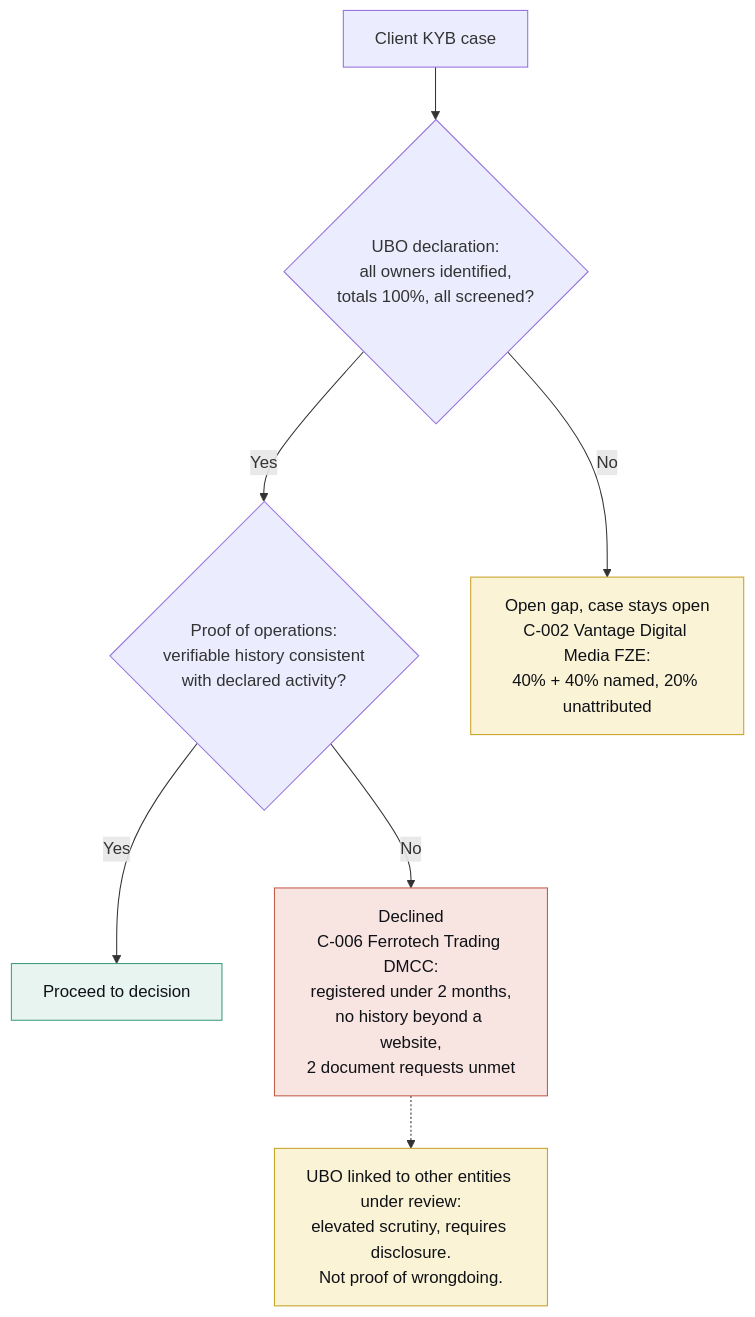
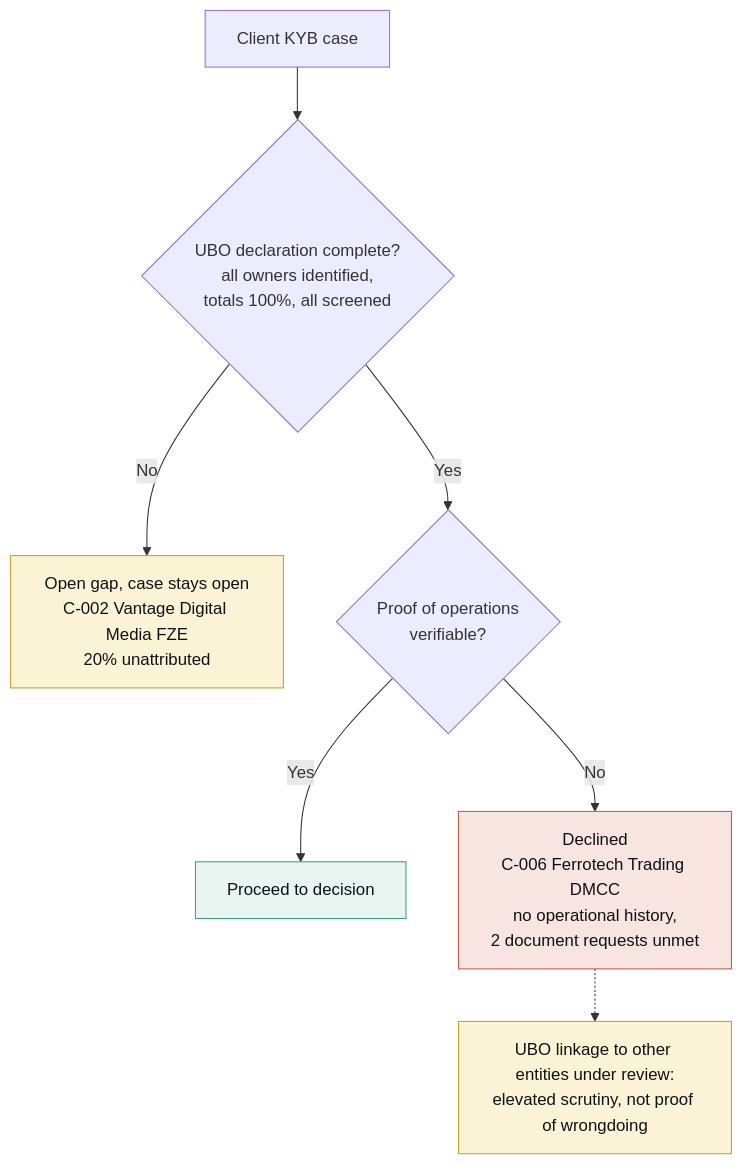
The fifth of 7 diagrams in README.md (TJON-Star/Aldenbrook-Pay-KYB-KYC-Sanctions-Casework-Register), drawn with Mermaid before and after one commit. The commit also changed other lines of this file, not shown here.

````diff
--- a/README.md
+++ b/README.md
@@ -103,18 +100,16 @@
 ```mermaid
 flowchart TD
-    K["Client KYB case"] --> U{"UBO declaration:<br/>all owners identified,<br/>totals 100%, all screened?"}
-    U -- "Yes" --> O{"Proof of operations:<br/>verifiable history consistent<br/>with declared activity?"}
-    U -- "No" --> GAP["Open gap, case stays open<br/>C-002 Vantage Digital Media FZE:<br/>40% + 40% named, 20% unattributed"]
+    K["Client KYB case"] --> U{"UBO declaration complete?<br/>all owners identified,<br/>totals 100%, all screened"}
+    U -- "No" --> GAP["Open gap, case stays open<br/>C-002 Vantage Digital Media FZE<br/>20% unattributed"]
+    U -- "Yes" --> O{"Proof of operations<br/>verifiable?"}
     O -- "Yes" --> OK["Proceed to decision"]
-    O -- "No" --> DEC["Declined<br/>C-006 Ferrotech Trading DMCC:<br/>registered under 2 months,<br/>no history beyond a website,<br/>2 document requests unmet"]
-
-    LINK["UBO linked to other entities under review:<br/>elevated scrutiny, requires disclosure.<br/>Not proof of wrongdoing."]
-    DEC -.-> LINK
+    O -- "No" --> DEC["Declined<br/>C-006 Ferrotech Trading DMCC<br/>no operational history,<br/>2 document requests unmet"]
+    DEC -.-> LINK["UBO linkage to other entities under review:<br/>elevated scrutiny, not proof of wrongdoing"]
 
     classDef good fill:#e8f4f0,stroke:#3F9C82,color:#0E1116;
     classDef warn fill:#fbf3d6,stroke:#C9A227,color:#0E1116;
     classDef bad fill:#f8e4e0,stroke:#C25B4A,color:#0E1116;
     class OK good;
     class GAP,LINK warn;
     class DEC bad;
 ```
````
